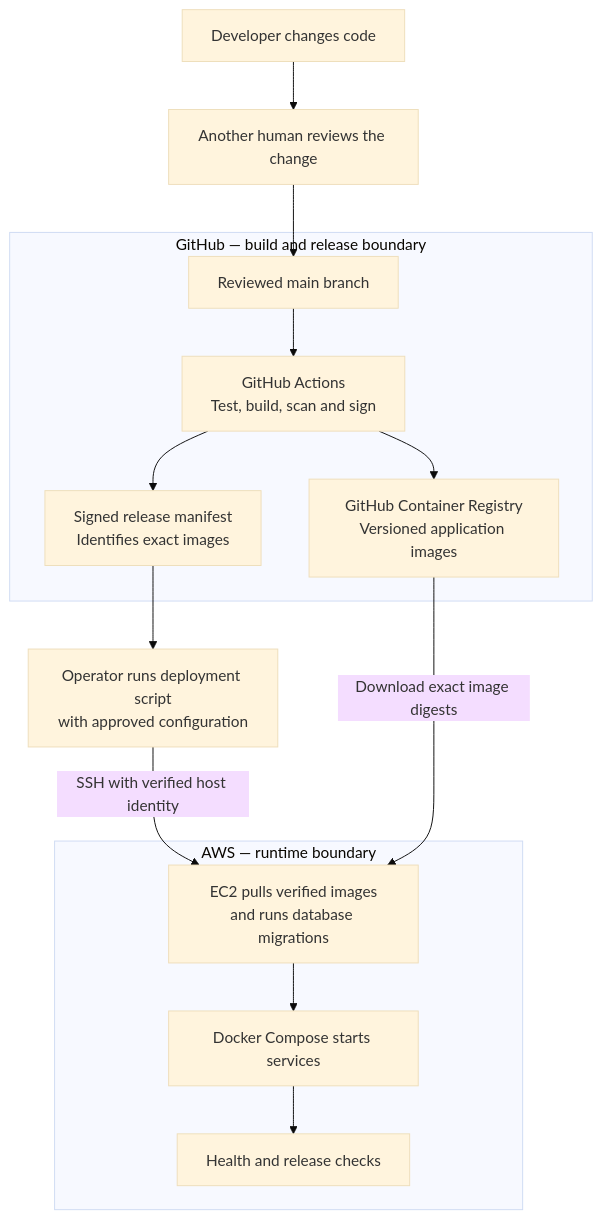
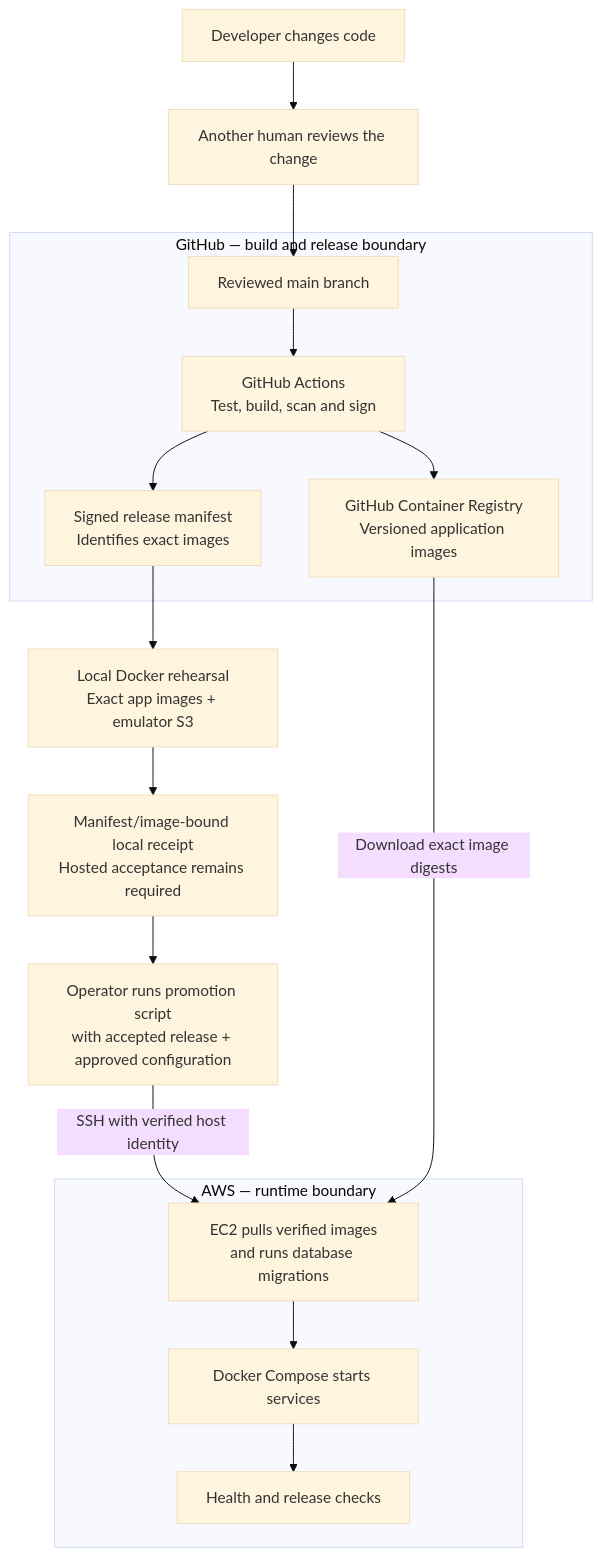
One commit to riojung/pollingpops changed the third of 5 diagrams in docs/deployment-architecture-guide.md. Above: the diagram before and after it, drawn with Mermaid (base theme). The commit also changed other lines of this file and 36 other files, not shown here.

Commit message:
Add local AWS staging and guarded production promotion

````diff
--- a/docs/deployment-architecture-guide.md
+++ b/docs/deployment-architecture-guide.md
@@ -200,29 +221,31 @@
 ```mermaid
 flowchart TB
     Developer["Developer changes code"]
     Review["Another human reviews the change"]
 
     subgraph GitHub["GitHub — build and release boundary"]
         Main["Reviewed main branch"]
         Actions["GitHub Actions<br/>Test, build, scan and sign"]
         Registry["GitHub Container Registry<br/>Versioned application images"]
         Manifest["Signed release manifest<br/>Identifies exact images"]
     end
 
-    Operator["Operator runs deployment script<br/>with approved configuration"]
+    Rehearsal["Local Docker rehearsal<br/>Exact app images + emulator S3"]
+    Evidence["Manifest/image-bound local receipt<br/>Hosted acceptance remains required"]
+    Operator["Operator runs promotion script<br/>with accepted release + approved configuration"]
 
     subgraph AWS["AWS — runtime boundary"]
         Deploy["EC2 pulls verified images<br/>and runs database migrations"]
         Compose["Docker Compose starts services"]
         Checks["Health and release checks"]
     end
 
     Developer --> Review --> Main
     Main --> Actions
     Actions --> Registry
     Actions --> Manifest
-    Manifest --> Operator
+    Manifest --> Rehearsal --> Evidence --> Operator
     Operator -->|"SSH with verified host identity"| Deploy
     Registry -->|"Download exact image digests"| Deploy
     Deploy --> Compose --> Checks
 ```
````
